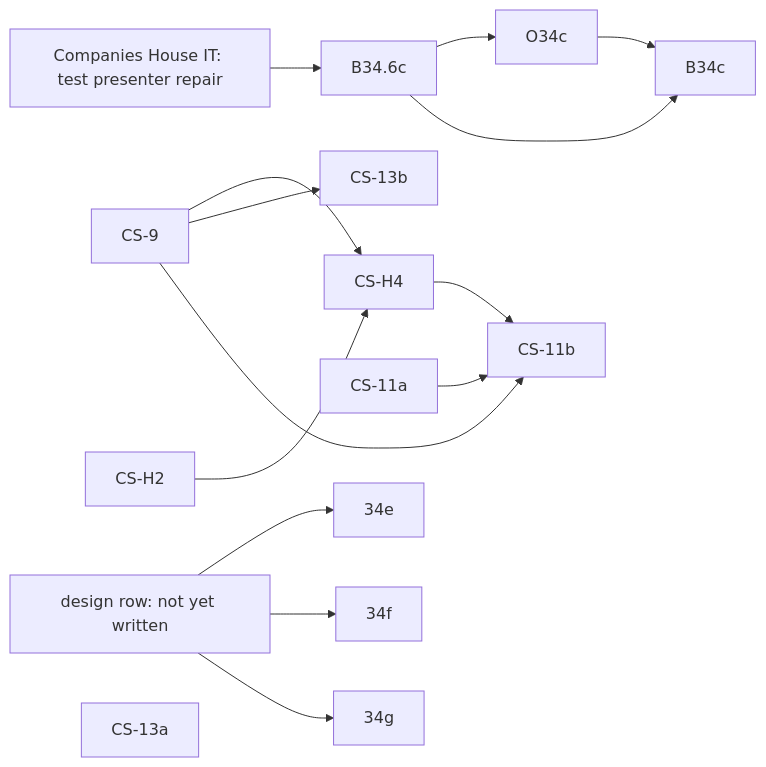
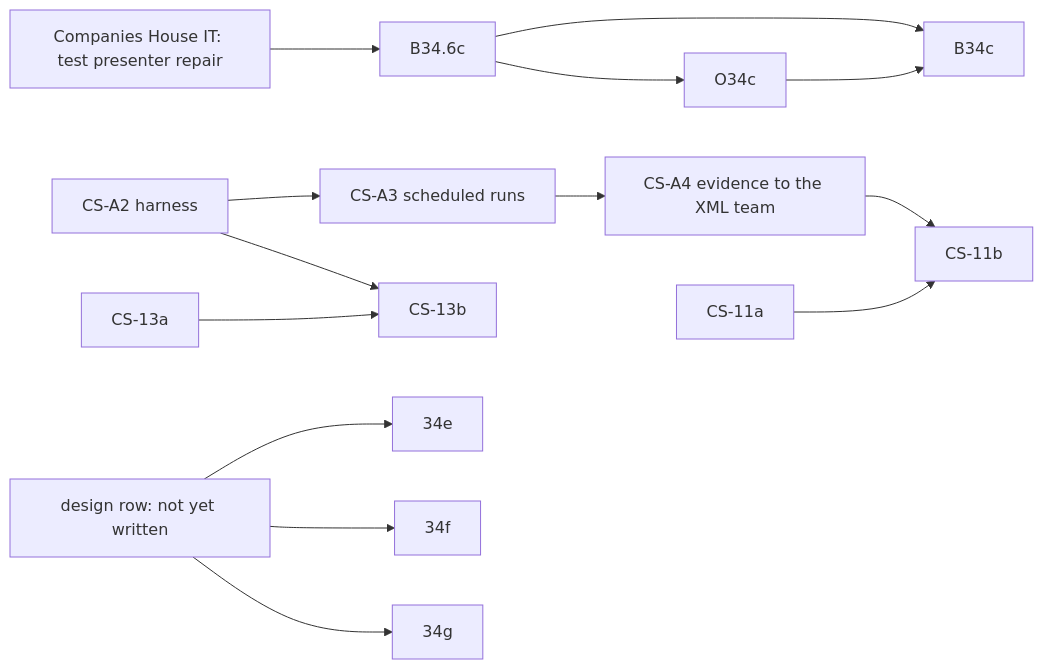
Before and after one commit to diy-accounting-uk/submit.diyaccounting.co.uk: the diagram in PLAN_COMPANIES_HOUSE.md, drawn with Mermaid. The commit also changed other lines of this file and 3 other files, not shown here.

````diff
--- a/PLAN_COMPANIES_HOUSE.md
+++ b/PLAN_COMPANIES_HOUSE.md
@@ -42,18 +67,16 @@
 ```mermaid
 flowchart LR
     CHIT[Companies House IT: test presenter repair] --> B346c[B34.6c]
     B346c --> O34c
     B346c --> B34c
     O34c --> B34c
-    CSH2[CS-H2] --> CSH4
-    CS9[CS-9]
-    CS9 --> CSH4[CS-H4]
-    CS9 --> CS13b[CS-13b]
-    CS9 --> CS11b[CS-11b]
-    CSH4 --> CS11b
+    CSA2[CS-A2 harness] --> CSA3[CS-A3 scheduled runs]
+    CSA3 --> CSA4[CS-A4 evidence to the XML team]
+    CSA4 --> CS11b[CS-11b]
+    CSA2 --> CS13b[CS-13b]
+    CS13a[CS-13a] --> CS13b
     CS11a[CS-11a] --> CS11b
     Design[design row: not yet written] --> Row34e[34e]
     Design --> Row34f[34f]
     Design --> Row34g[34g]
-    CS13a[CS-13a]
 ```
````
